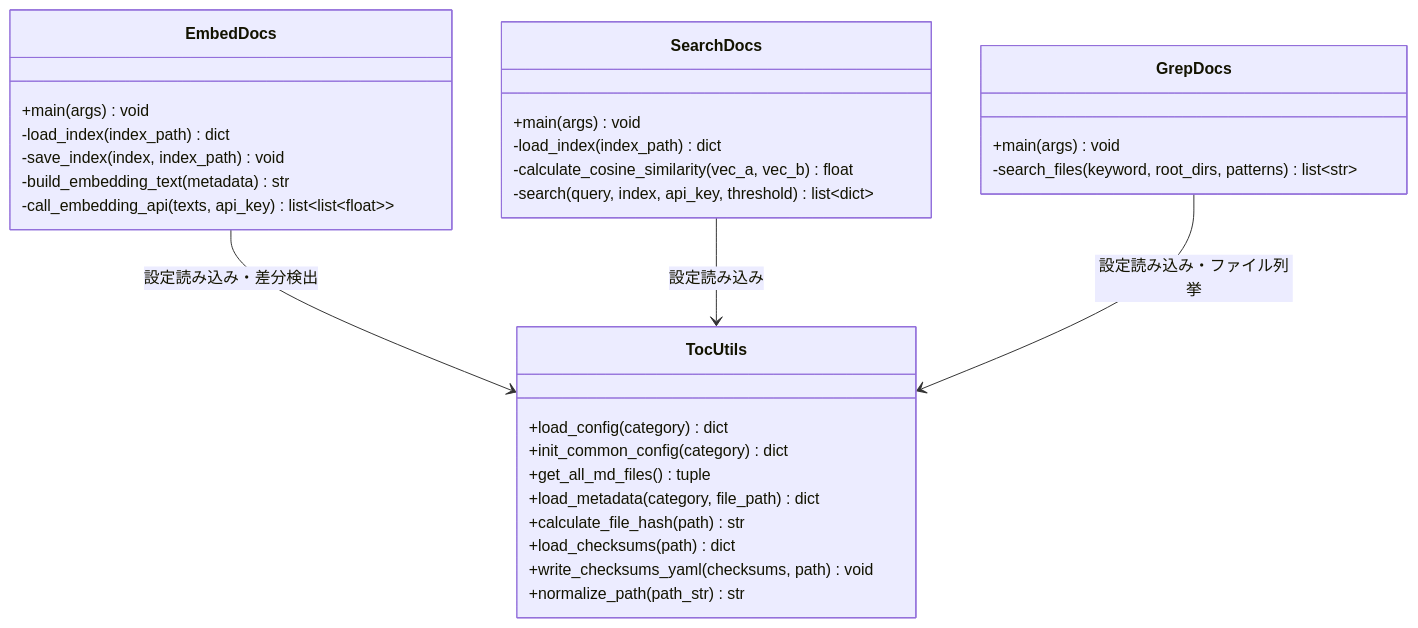
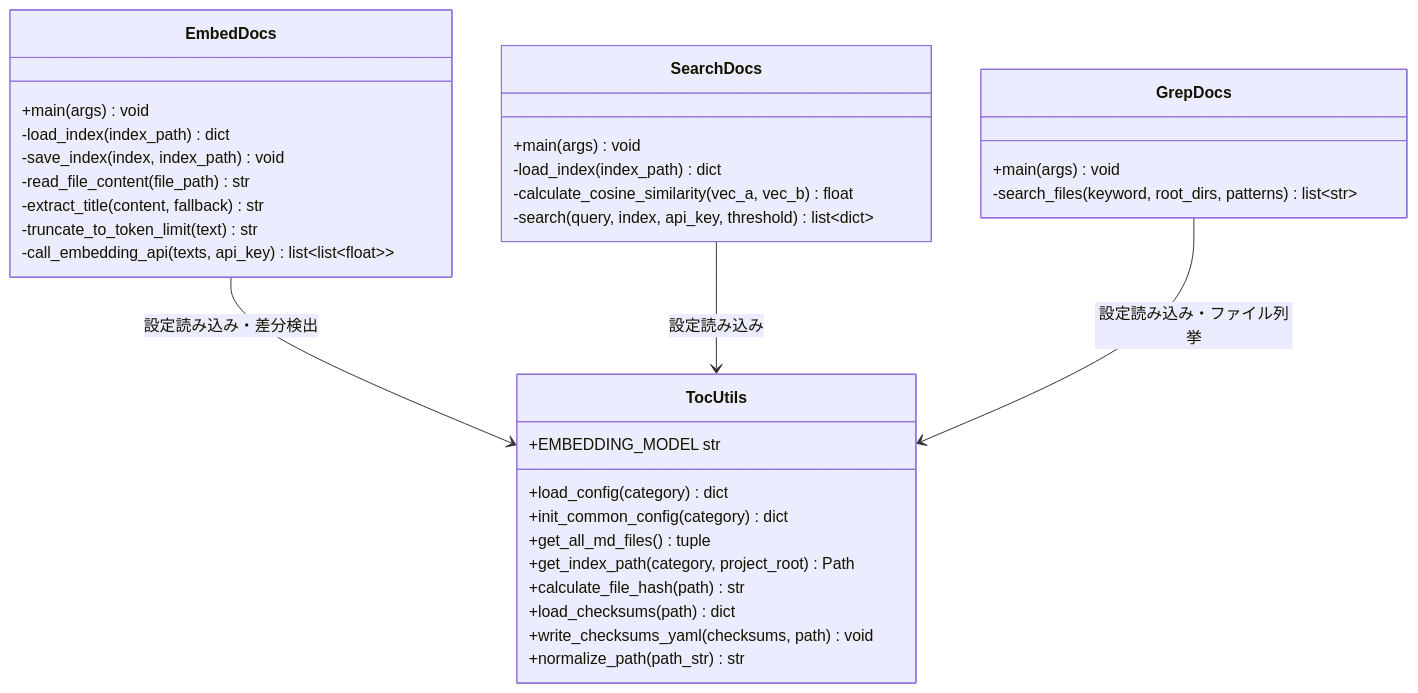
One commit to BlueEventHorizon/bw-cc-plugins changed the second of 5 diagrams in docs/specs/doc-advisor/semantic-query/design/DES-006_semantic_search_design.md. Above: the diagram before and after it, drawn with Mermaid. The commit also changed other lines of this file and 6 other files, not shown here.

````diff
--- a/docs/specs/doc-advisor/semantic-query/design/DES-006_semantic_search_design.md
+++ b/docs/specs/doc-advisor/semantic-query/design/DES-006_semantic_search_design.md
@@ -80,37 +80,40 @@
 ```mermaid
 classDiagram
     class EmbedDocs {
         +main(args) void
         -load_index(index_path) dict
         -save_index(index, index_path) void
-        -build_embedding_text(metadata) str
+        -read_file_content(file_path) str
+        -extract_title(content, fallback) str
+        -truncate_to_token_limit(text) str
         -call_embedding_api(texts, api_key) list~list~float~~
     }
 
     class SearchDocs {
         +main(args) void
         -load_index(index_path) dict
         -calculate_cosine_similarity(vec_a, vec_b) float
         -search(query, index, api_key, threshold) list~dict~
     }
 
     class GrepDocs {
         +main(args) void
         -search_files(keyword, root_dirs, patterns) list~str~
     }
 
     class TocUtils {
+        +EMBEDDING_MODEL str
         +load_config(category) dict
         +init_common_config(category) dict
         +get_all_md_files() tuple
-        +load_metadata(category, file_path) dict
+        +get_index_path(category, project_root) Path
         +calculate_file_hash(path) str
         +load_checksums(path) dict
         +write_checksums_yaml(checksums, path) void
         +normalize_path(path_str) str
     }
 
     EmbedDocs --> TocUtils : 設定読み込み・差分検出
     SearchDocs --> TocUtils : 設定読み込み
     GrepDocs --> TocUtils : 設定読み込み・ファイル列挙
 ```
````
